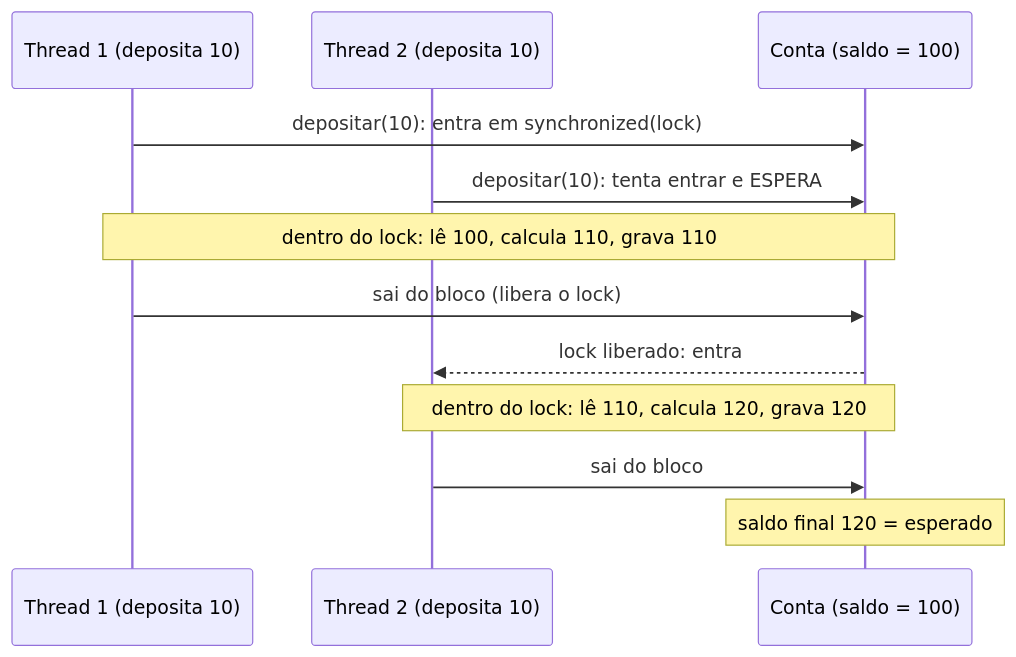
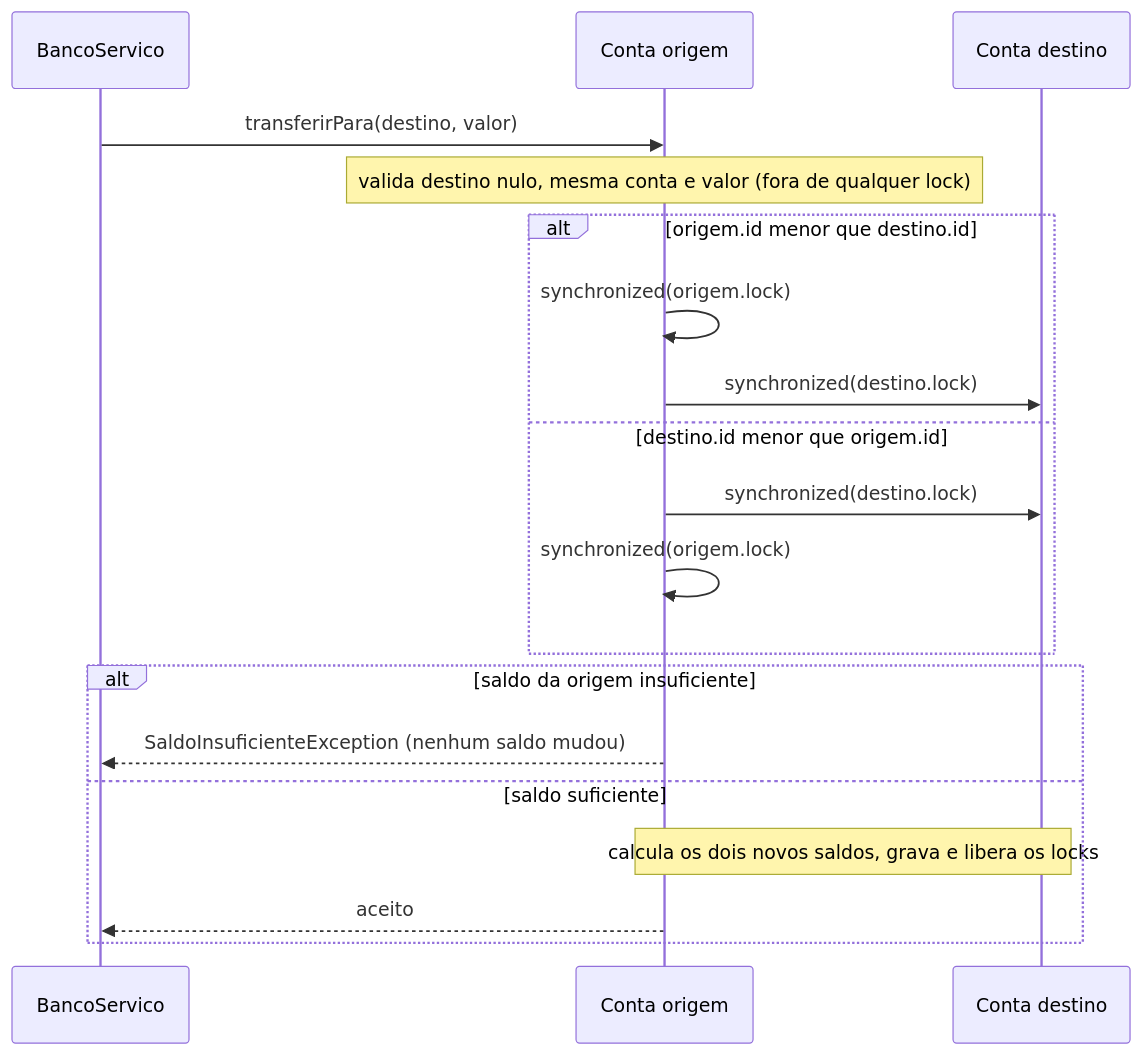
The fourth of 6 diagrams in README.md (leonardoschimock/sistema-bancario), drawn with Mermaid before and after one commit. The commit also changed other lines of this file and 18 other files, not shown here.

````diff
--- a/README.md
+++ b/README.md
@@ -391,15 +334,22 @@
 ```mermaid
 sequenceDiagram
-    participant T1 as Thread 1 (deposita 10)
-    participant T2 as Thread 2 (deposita 10)
-    participant C as Conta (saldo = 100)
+    participant S as BancoServico
+    participant O as Conta origem
+    participant D as Conta destino
 
-    T1->>C: depositar(10): entra em synchronized(lock)
-    T2->>C: depositar(10): tenta entrar e ESPERA
-    Note over T1,C: dentro do lock: lê 100, calcula 110, grava 110
-    T1->>C: sai do bloco (libera o lock)
-    C-->>T2: lock liberado: entra
-    Note over T2,C: dentro do lock: lê 110, calcula 120, grava 120
-    T2->>C: sai do bloco
-    Note over C: saldo final 120 = esperado
+    S->>O: transferirPara(destino, valor)
+    Note over O: valida destino nulo, mesma conta e valor (fora de qualquer lock)
+    alt origem.id menor que destino.id
+        O->>O: synchronized(origem.lock)
+        O->>D: synchronized(destino.lock)
+    else destino.id menor que origem.id
+        O->>D: synchronized(destino.lock)
+        O->>O: synchronized(origem.lock)
+    end
+    alt saldo da origem insuficiente
+        O-->>S: SaldoInsuficienteException (nenhum saldo mudou)
+    else saldo suficiente
+        Note over O,D: calcula os dois novos saldos, grava e libera os locks
+        O-->>S: aceito
+    end
 ```
````
